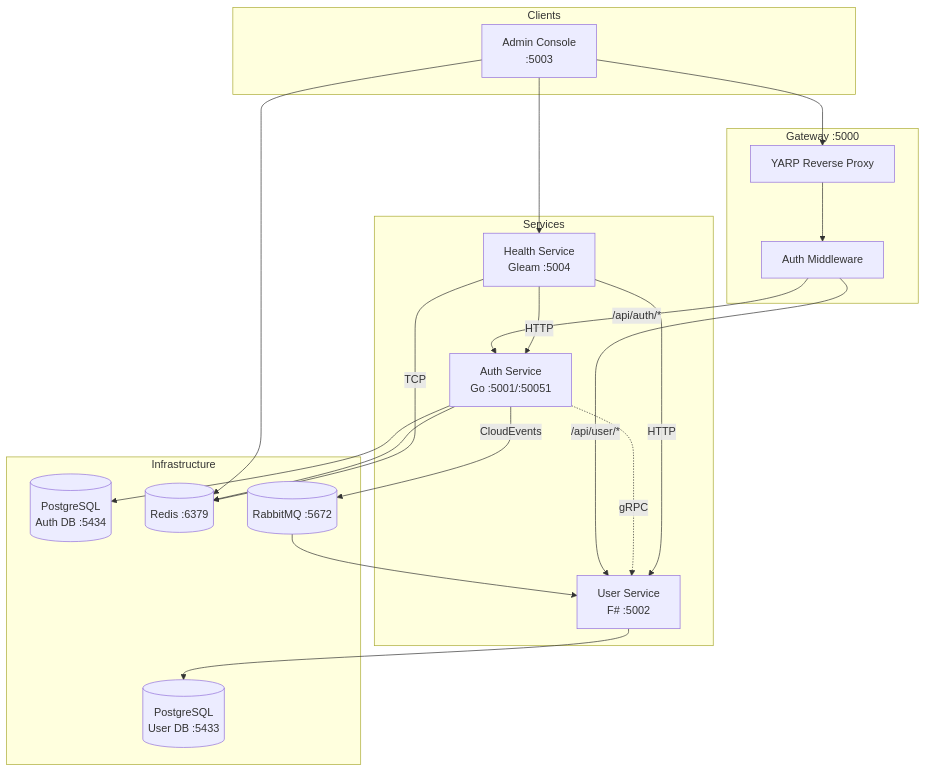
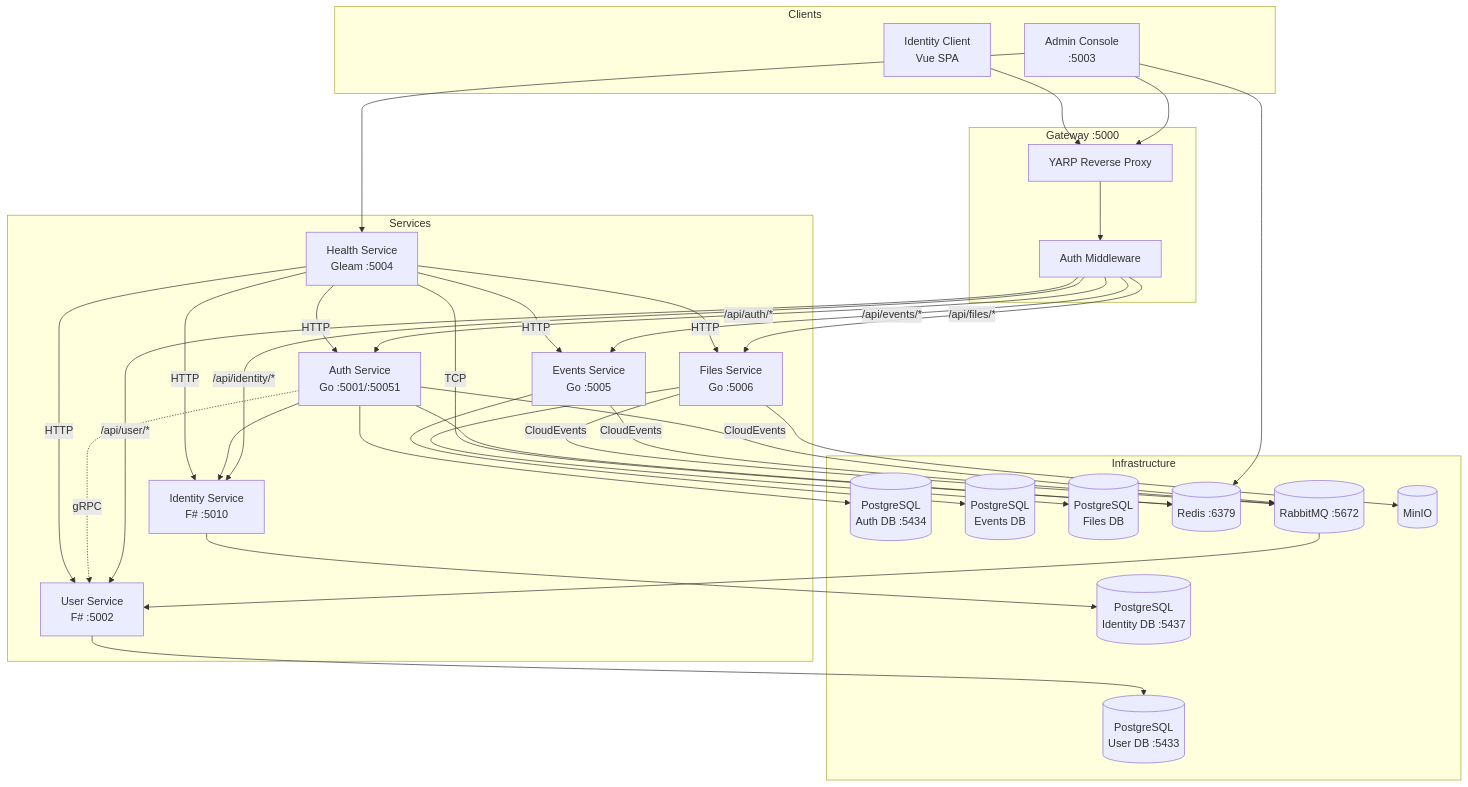
Before and after one commit to Nechja/hellArch: the first of 4 diagrams in docs/architecture/index.md, drawn with Mermaid. The commit also changed other lines of this file and 34 other files, not shown here.

````diff
--- a/docs/architecture/index.md
+++ b/docs/architecture/index.md
@@ -7,41 +7,63 @@
 ```mermaid
 graph TB
     subgraph Clients
         ADMIN[Admin Console<br/>:5003]
+        IDENTITY_UI[Identity Client<br/>Vue SPA]
     end
 
     subgraph Gateway["Gateway :5000"]
         YARP[YARP Reverse Proxy]
         MW[Auth Middleware]
     end
 
     subgraph Services
         AUTH[Auth Service<br/>Go :5001/:50051]
         USER[User Service<br/>F# :5002]
         HEALTH[Health Service<br/>Gleam :5004]
+        EVENTS[Events Service<br/>Go :5005]
+        FILES[Files Service<br/>Go :5006]
+        IDENTITY[Identity Service<br/>F# :5010]
     end
 
     subgraph Infrastructure
         PG_AUTH[(PostgreSQL<br/>Auth DB :5434)]
         PG_USER[(PostgreSQL<br/>User DB :5433)]
+        PG_EVENTS[(PostgreSQL<br/>Events DB)]
+        PG_FILES[(PostgreSQL<br/>Files DB)]
+        PG_IDENTITY[(PostgreSQL<br/>Identity DB :5437)]
         REDIS[(Redis :6379)]
         RABBIT[(RabbitMQ :5672)]
+        MINIO[(MinIO)]
     end
 
     ADMIN --> YARP
     ADMIN --> REDIS
+    IDENTITY_UI --> YARP
     YARP --> MW
     MW -->|/api/auth/*| AUTH
     MW -->|/api/user/*| USER
+    MW -->|/api/events/*| EVENTS
+    MW -->|/api/files/*| FILES
+    MW -->|/api/identity/*| IDENTITY
 
     AUTH --> PG_AUTH
     AUTH --> REDIS
+    AUTH --> IDENTITY
     USER --> PG_USER
+    EVENTS --> PG_EVENTS
+    FILES --> PG_FILES
+    FILES --> MINIO
+    IDENTITY --> PG_IDENTITY
     AUTH -.->|gRPC| USER
     AUTH -->|CloudEvents| RABBIT
+    EVENTS -->|CloudEvents| RABBIT
+    FILES -->|CloudEvents| RABBIT
     RABBIT --> USER
     HEALTH -->|HTTP| AUTH
     HEALTH -->|HTTP| USER
+    HEALTH -->|HTTP| EVENTS
+    HEALTH -->|HTTP| FILES
+    HEALTH -->|HTTP| IDENTITY
     HEALTH -->|TCP| REDIS
     ADMIN --> HEALTH
 ```
````
